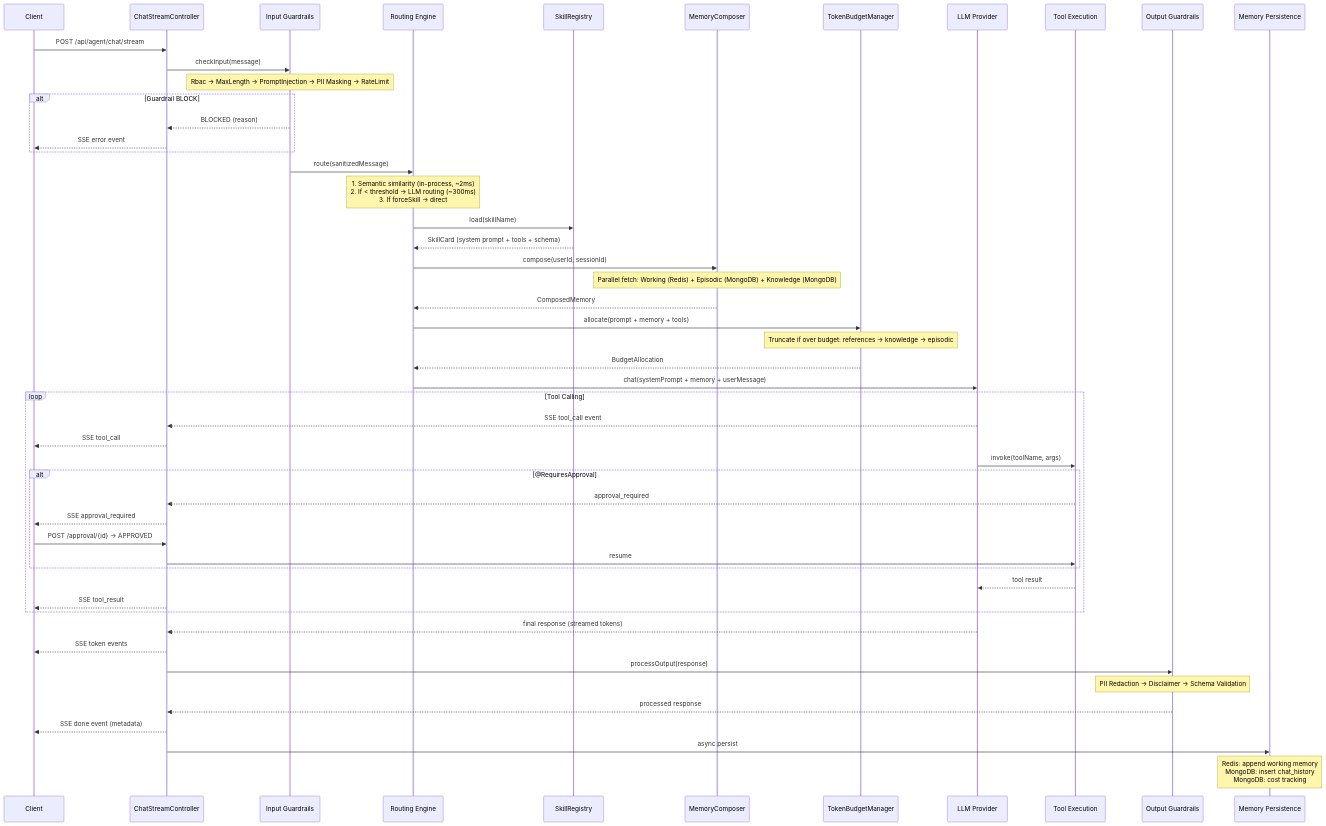
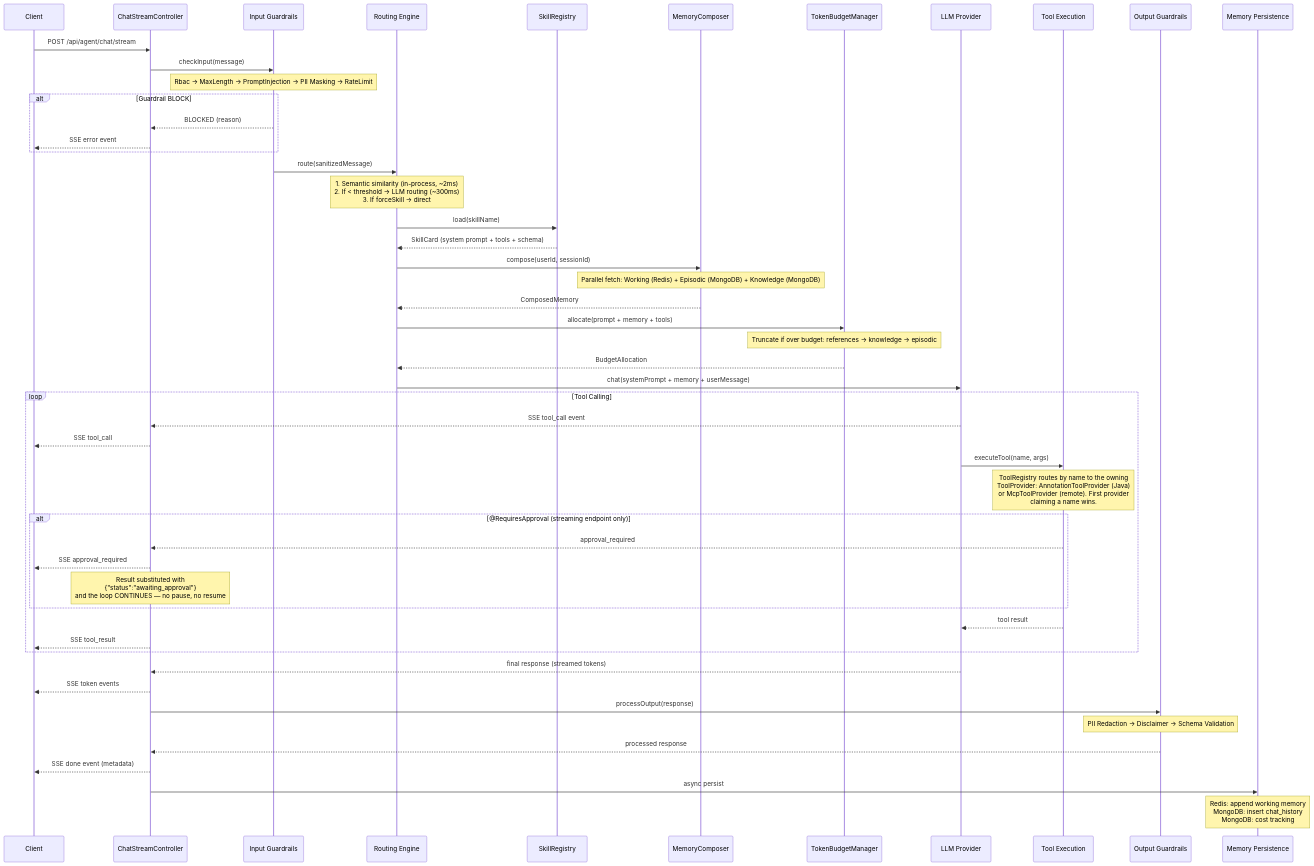
The first of 8 diagrams in docs/architecture-diagrams.md (GiskardB/gargantua), drawn with Mermaid before and after one commit. The commit also changed other lines of this file and 14 other files, not shown here.

````diff
--- a/docs/architecture-diagrams.md
+++ b/docs/architecture-diagrams.md
@@ -5,69 +5,69 @@
 ```mermaid
 sequenceDiagram
     participant Client
     participant Controller as ChatStreamController
     participant Guard_In as Input Guardrails
     participant Router as Routing Engine
     participant Registry as SkillRegistry
     participant Memory as MemoryComposer
     participant Budget as TokenBudgetManager
     participant LLM as LLM Provider
     participant Tools as Tool Execution
     participant Guard_Out as Output Guardrails
     participant Persist as Memory Persistence
 
     Client->>Controller: POST /api/agent/chat/stream
     Controller->>Guard_In: checkInput(message)
 
     Note over Guard_In: Rbac → MaxLength → PromptInjection → PII Masking → RateLimit
 
     alt Guardrail BLOCK
         Guard_In-->>Controller: BLOCKED (reason)
         Controller-->>Client: SSE error event
     end
 
     Guard_In->>Router: route(sanitizedMessage)
 
     Note over Router: 1. Semantic similarity (in-process, ~2ms)<br/>2. If < threshold → LLM routing (~300ms)<br/>3. If forceSkill → direct
 
     Router->>Registry: load(skillName)
     Registry-->>Router: SkillCard (system prompt + tools + schema)
 
     Router->>Memory: compose(userId, sessionId)
     Note over Memory: Parallel fetch: Working (Redis) + Episodic (MongoDB) + Knowledge (MongoDB)
     Memory-->>Router: ComposedMemory
 
     Router->>Budget: allocate(prompt + memory + tools)
     Note over Budget: Truncate if over budget: references → knowledge → episodic
     Budget-->>Router: BudgetAllocation
 
     Router->>LLM: chat(systemPrompt + memory + userMessage)
 
     loop Tool Calling
         LLM-->>Controller: SSE tool_call event
         Controller-->>Client: SSE tool_call
-        LLM->>Tools: invoke(toolName, args)
+        LLM->>Tools: executeTool(name, args)
+        Note over Tools: ToolRegistry routes by name to the owning<br/>ToolProvider: AnnotationToolProvider (Java)<br/>or McpToolProvider (remote). First provider<br/>claiming a name wins.
 
-        alt @RequiresApproval
+        alt @RequiresApproval (streaming endpoint only)
             Tools-->>Controller: approval_required
             Controller-->>Client: SSE approval_required
-            Client->>Controller: POST /approval/{id} → APPROVED
-            Controller->>Tools: resume
+            Note over Controller: Result substituted with<br/>{"status":"awaiting_approval"}<br/>and the loop CONTINUES — no pause, no resume
         end
 
         Tools-->>LLM: tool result
         Controller-->>Client: SSE tool_result
     end
 
     LLM-->>Controller: final response (streamed tokens)
     Controller-->>Client: SSE token events
 
     Controller->>Guard_Out: processOutput(response)
     Note over Guard_Out: PII Redaction → Disclaimer → Schema Validation
     Guard_Out-->>Controller: processed response
 
     Controller-->>Client: SSE done event (metadata)
 
     Controller->>Persist: async persist
     Note over Persist: Redis: append working memory<br/>MongoDB: insert chat_history<br/>MongoDB: cost tracking
 ```
````
